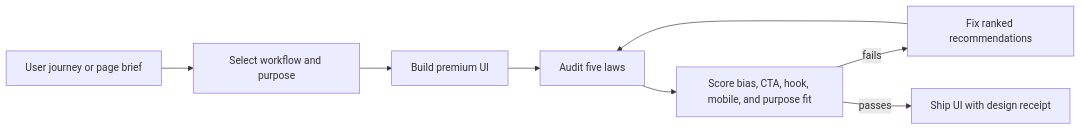
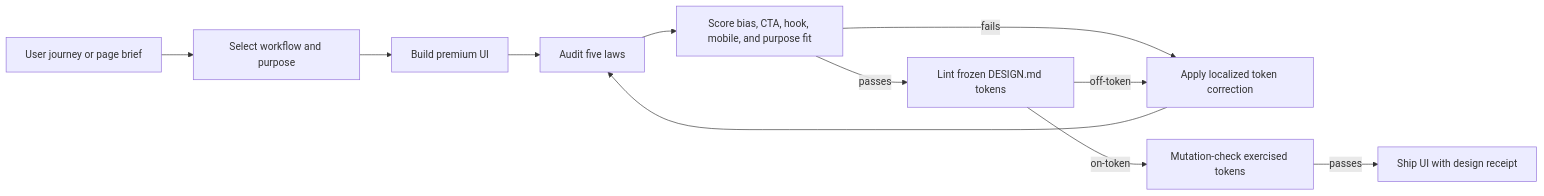
The diagram in README.md (zrk222/code-factory-4-design), drawn with Mermaid before and after one commit. The commit also changed other lines of this file and 7 other files, not shown here.

Commit message:
Add verifiable design token gates

````diff
--- a/README.md
+++ b/README.md
@@ -15,10 +15,13 @@
 ```mermaid
 flowchart LR
     A["User journey or page brief"] --> B["Select workflow and purpose"]
     B --> C["Build premium UI"]
     C --> D["Audit five laws"]
     D --> E["Score bias, CTA, hook, mobile, and purpose fit"]
     E -->|"fails"| F["Fix ranked recommendations"]
     F --> D
-    E -->|"passes"| G["Ship UI with design receipt"]
+    E -->|"passes"| F2["Lint frozen DESIGN.md tokens"]
+    F2 -->|"off-token"| F["Apply localized token correction"]
+    F2 -->|"on-token"| G["Mutation-check exercised tokens"]
+    G -->|"passes"| H["Ship UI with design receipt"]
 ```
````
